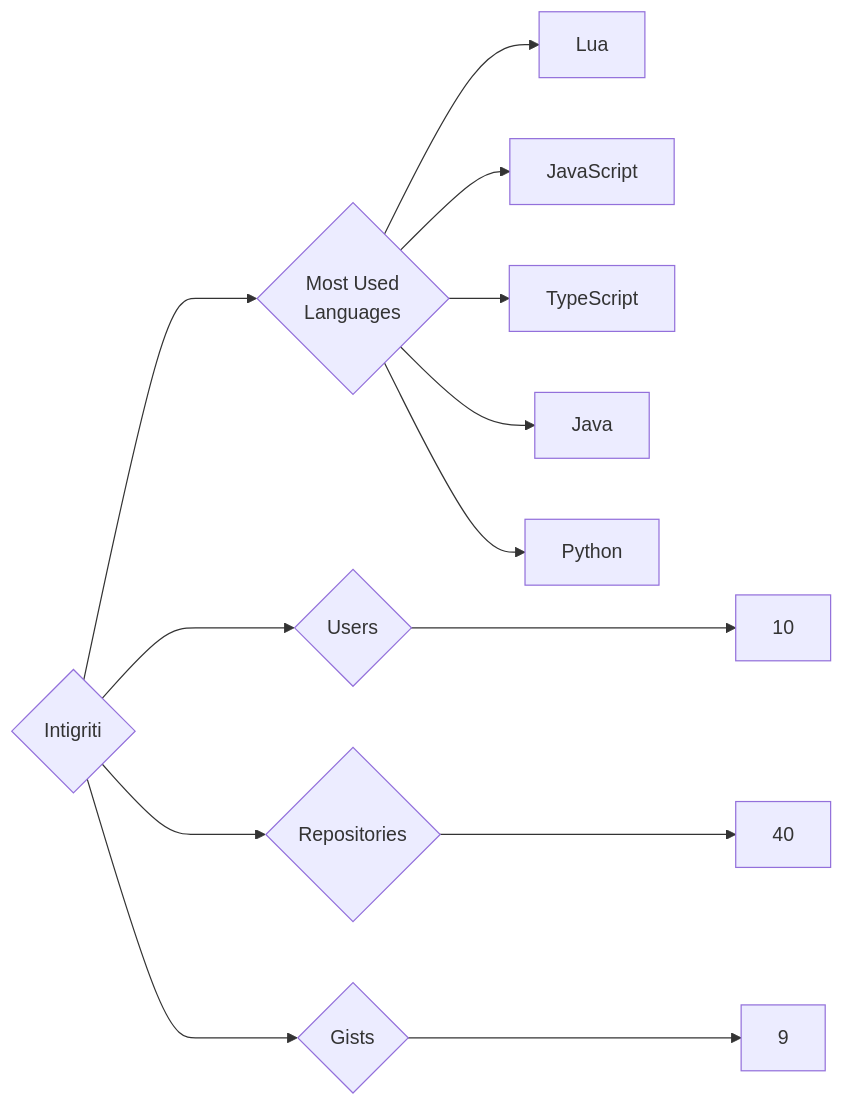
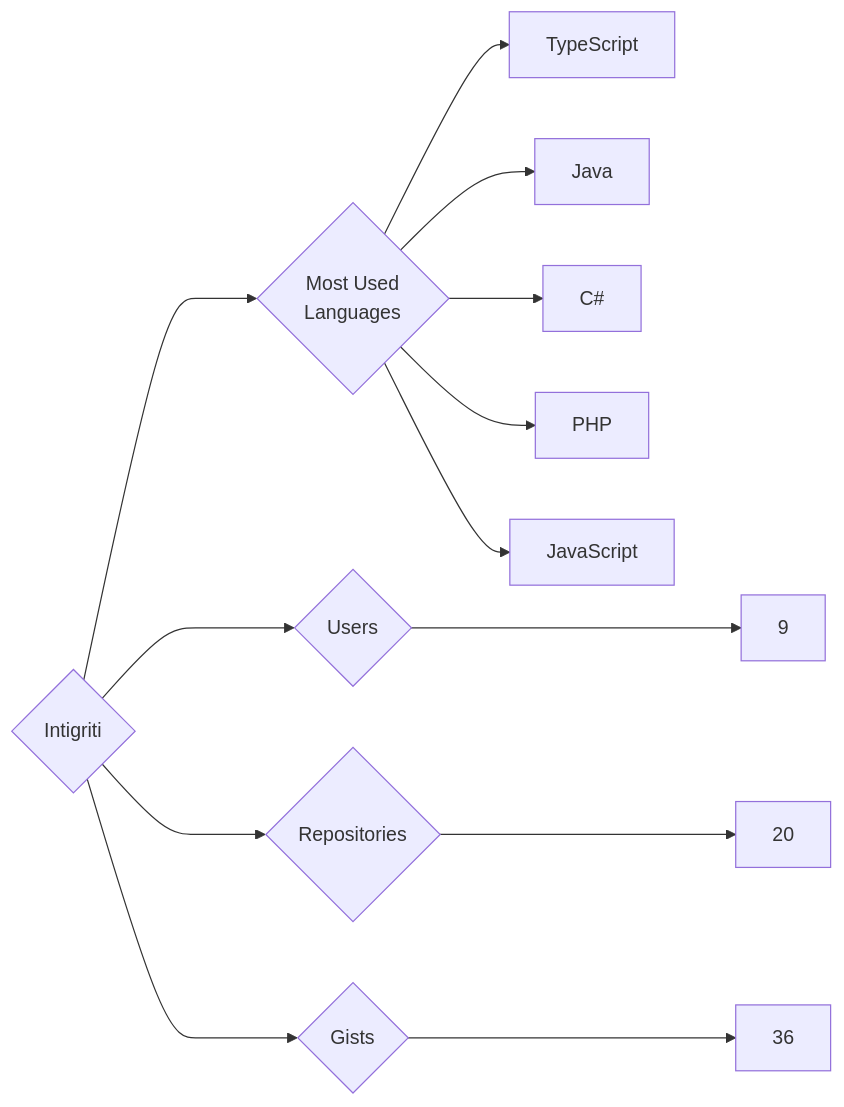
Before and after one commit to trickest/insiders: the diagram in targets/Intigriti/README.md, drawn with Mermaid. The commit also changed 1167 other files, not shown here.

````diff
--- a/targets/Intigriti/README.md
+++ b/targets/Intigriti/README.md
@@ -3,13 +3,13 @@
 ```mermaid
 graph LR
 COMPANY_NAME{Intigriti}
-COMPANY_NAME ---> U{Users} ---> UN[10]
-COMPANY_NAME ---> R{Repositories} ---> RN[40]
-COMPANY_NAME ---> G{Gists} ---> GN[9]
+COMPANY_NAME ---> U{Users} ---> UN[9]
+COMPANY_NAME ---> R{Repositories} ---> RN[20]
+COMPANY_NAME ---> G{Gists} ---> GN[36]
 COMPANY_NAME ---> ML{Most Used<br>Languages}
-ML --> Lua[Lua]
-ML --> JavaScript[JavaScript]
 ML --> TypeScript[TypeScript]
 ML --> Java[Java]
-ML --> Python[Python]
+ML --> C#[C#]
+ML --> PHP[PHP]
+ML --> JavaScript[JavaScript]
 ```
````
